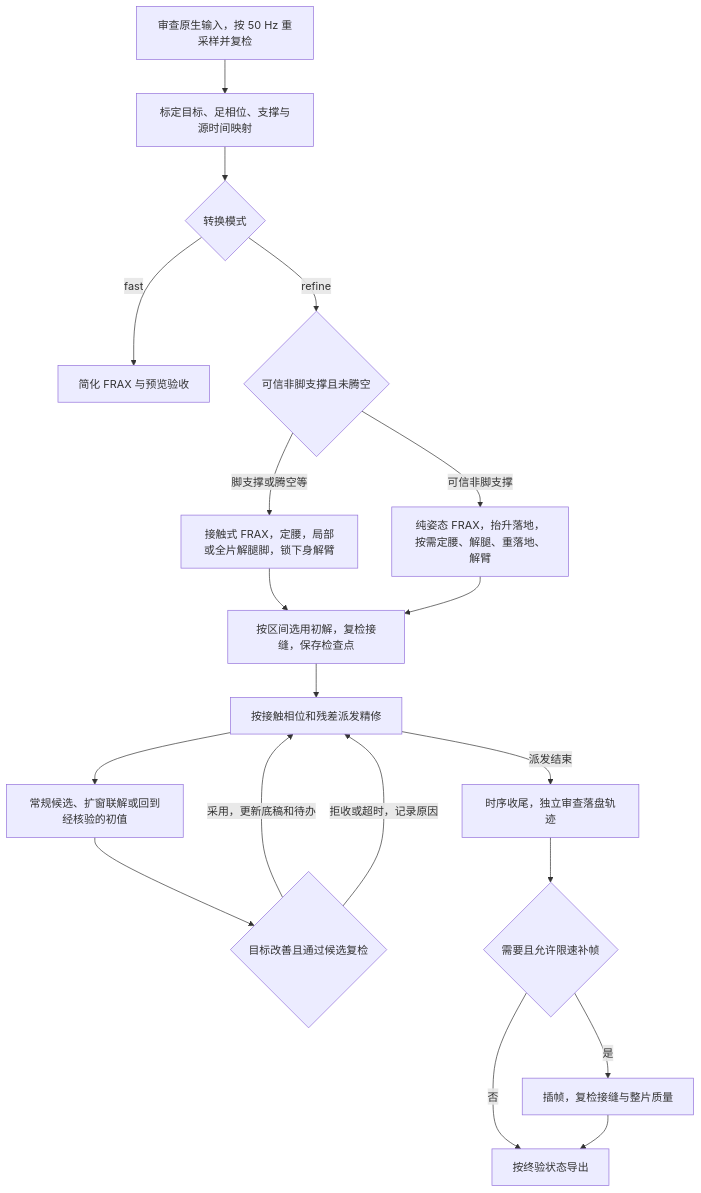
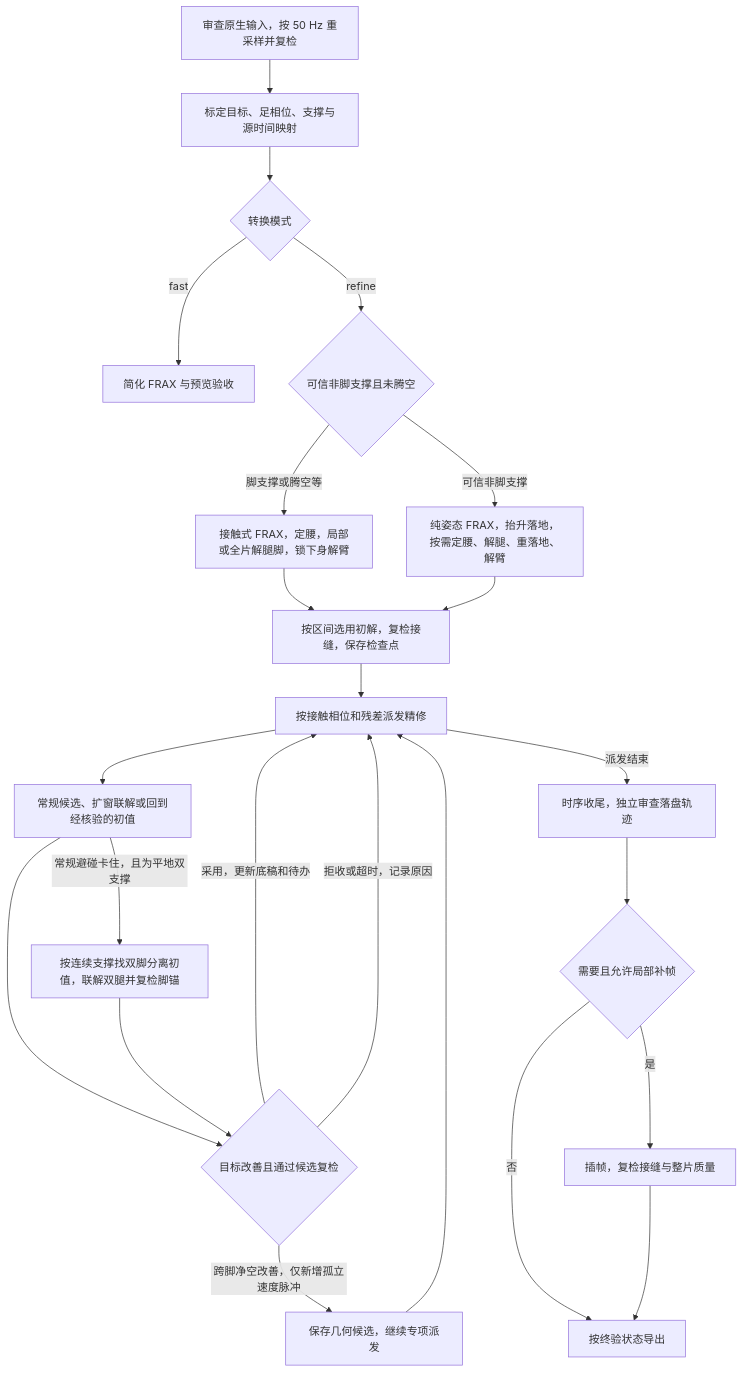
Before and after one commit to luckylhf/Dex-RetargetPro: the first of 2 diagrams in docs/PIPELINE.md, drawn with Mermaid. The commit also changed other lines of this file and 13 other files, not shown here.

````diff
--- a/docs/PIPELINE.md
+++ b/docs/PIPELINE.md
@@ -5,21 +5,25 @@
 ```mermaid
 flowchart TD
     I["审查原生输入，按 50 Hz 重采样并复检"] --> P["标定目标、足相位、支撑与源时间映射"]
     P --> M{"转换模式"}
     M -->|fast| F["简化 FRAX 与预览验收"]
     M -->|refine| R{"可信非脚支撑且未腾空"}
     R -->|脚支撑或腾空等| K["接触式 FRAX，定腰，局部或全片解腿脚，锁下身解臂"]
     R -->|可信非脚支撑| L["纯姿态 FRAX，抬升落地，按需定腰、解腿、重落地、解臂"]
     K --> J["按区间选用初解，复检接缝，保存检查点"]
     L --> J
     J --> Q["按接触相位和残差派发精修"]
     Q --> C["常规候选、扩窗联解或回到经核验的初值"]
     C --> G{"目标改善且通过候选复检"}
+    C -->|常规避碰卡住，且为平地双支撑| X["按连续支撑找双脚分离初值，联解双腿并复检脚锚"]
+    X --> G
     G -->|采用，更新底稿和待办| Q
     G -->|拒收或超时，记录原因| Q
+    G -->|跨脚净空改善，仅新增孤立速度脉冲| D["保存几何候选，继续专项派发"]
+    D --> Q
     Q -->|派发结束| T["时序收尾，独立审查落盘轨迹"]
-    T --> S{"需要且允许限速补帧"}
+    T --> S{"需要且允许局部补帧"}
     S -->|是| B["插帧，复检接缝与整片质量"]
     S -->|否| E["按终验状态导出"]
     B --> E
 ```
````
